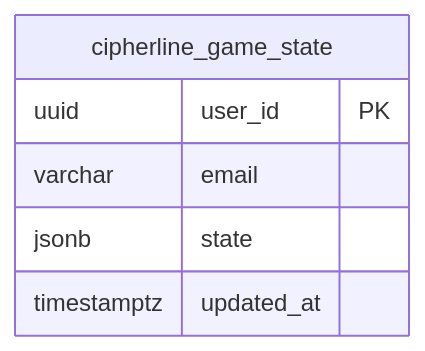
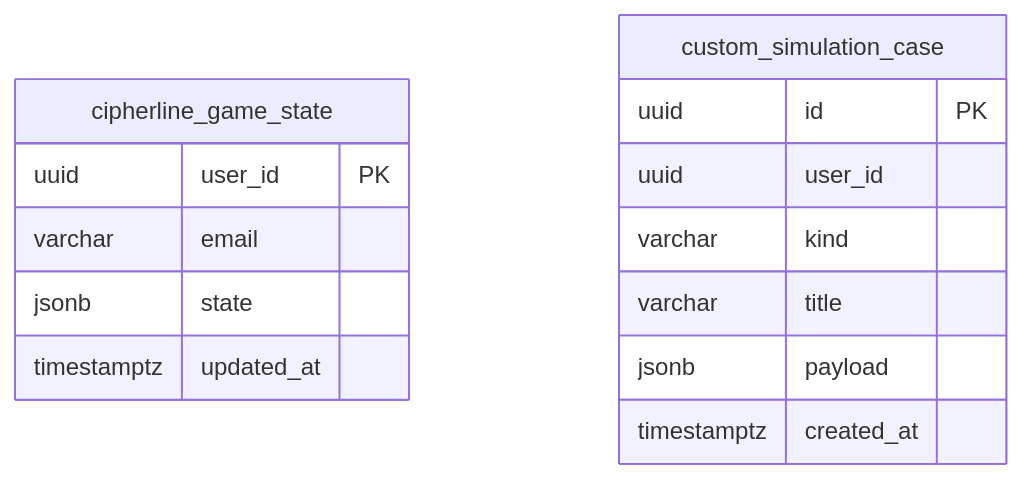
The second of 2 diagrams in docs/er-diagram.md (dimon0804/UMIRHack26), drawn with Mermaid before and after one commit. The commit also changed other lines of this file and 32 other files, not shown here.

````diff
--- a/docs/er-diagram.md
+++ b/docs/er-diagram.md
@@ -35,9 +35,18 @@
 ```mermaid
 erDiagram
   cipherline_game_state {
     uuid user_id PK
     varchar email
     jsonb state
     timestamptz updated_at
   }
+
+  custom_simulation_case {
+    uuid id PK
+    uuid user_id
+    varchar kind
+    varchar title
+    jsonb payload
+    timestamptz created_at
+  }
 ```
````
